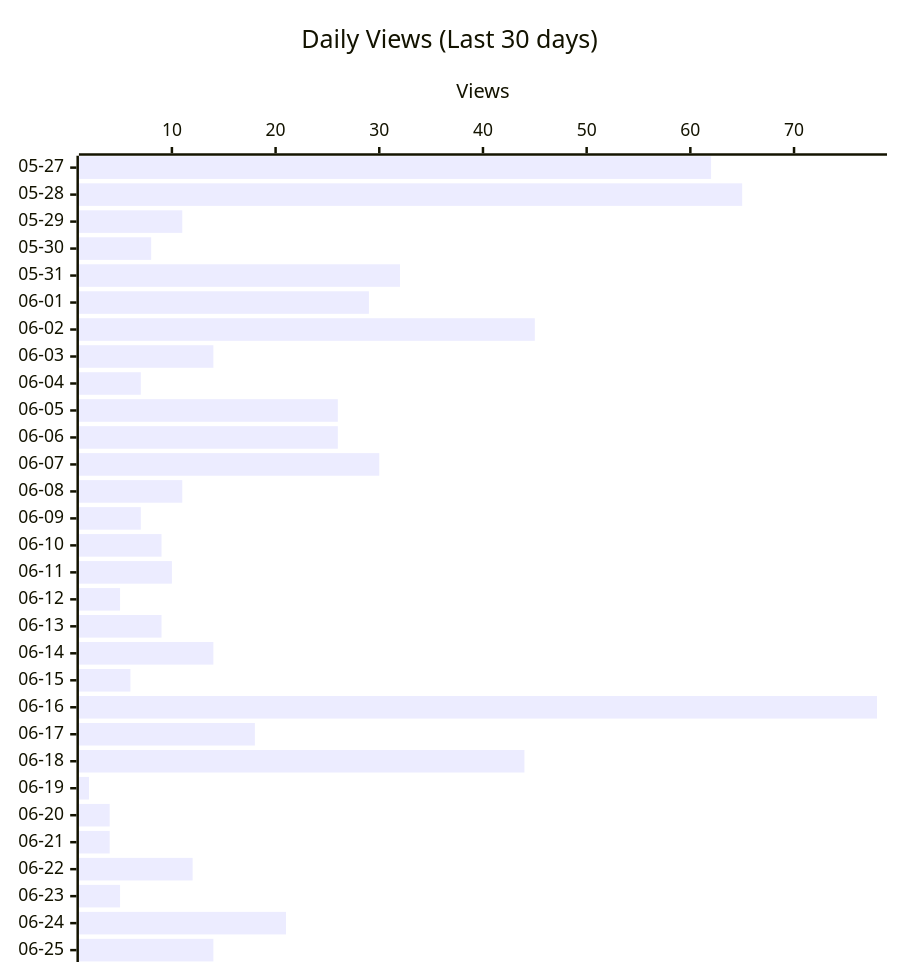
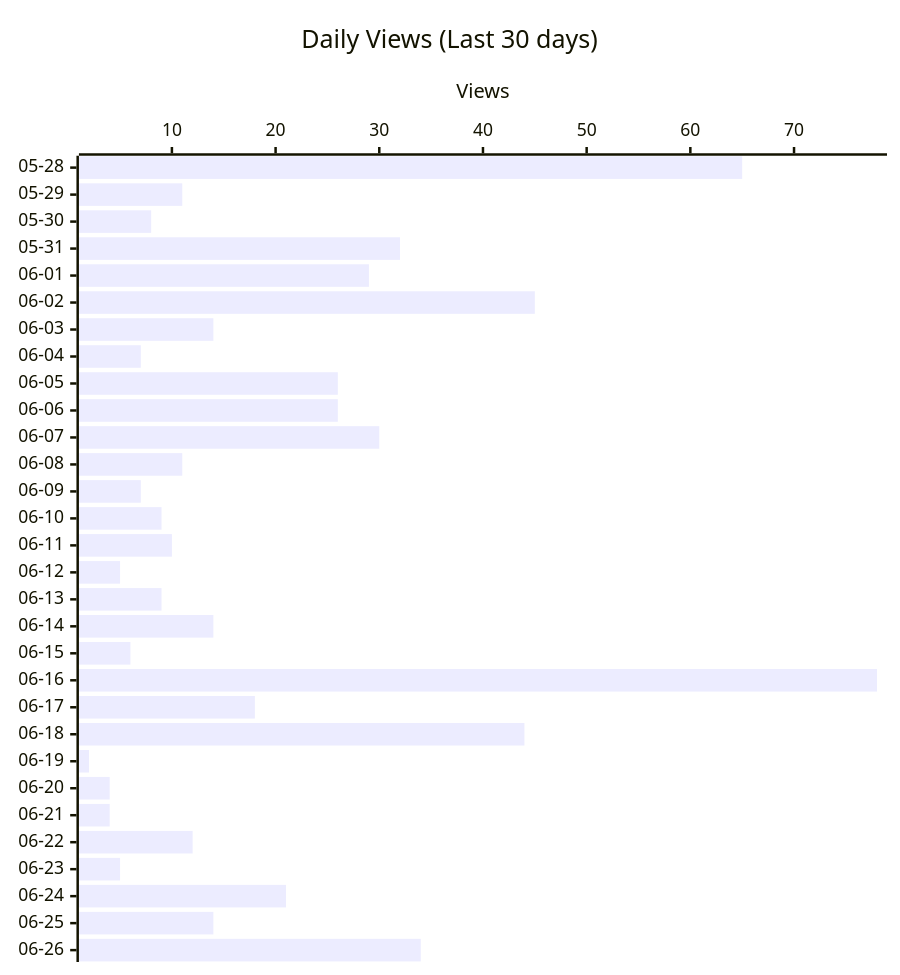
The second of 3 diagrams in README.md (shigechika/github-insights), drawn with Mermaid before and after one commit. The commit also changed other lines of this file and 2 other files, not shown here.

````diff
--- a/README.md
+++ b/README.md
@@ -28,12 +28,12 @@
 ```mermaid
 ---
 config:
   xyChart:
     height: 760
 ---
 xychart-beta horizontal
     title "Daily Views (Last 30 days)"
-    x-axis ["05-27", "05-28", "05-29", "05-30", "05-31", "06-01", "06-02", "06-03", "06-04", "06-05", "06-06", "06-07", "06-08", "06-09", "06-10", "06-11", "06-12", "06-13", "06-14", "06-15", "06-16", "06-17", "06-18", "06-19", "06-20", "06-21", "06-22", "06-23", "06-24", "06-25"]
+    x-axis ["05-28", "05-29", "05-30", "05-31", "06-01", "06-02", "06-03", "06-04", "06-05", "06-06", "06-07", "06-08", "06-09", "06-10", "06-11", "06-12", "06-13", "06-14", "06-15", "06-16", "06-17", "06-18", "06-19", "06-20", "06-21", "06-22", "06-23", "06-24", "06-25", "06-26"]
     y-axis "Views"
-    bar [62, 65, 11, 8, 32, 29, 45, 14, 7, 26, 26, 30, 11, 7, 9, 10, 5, 9, 14, 6, 78, 18, 44, 2, 4, 4, 12, 5, 21, 14]
+    bar [65, 11, 8, 32, 29, 45, 14, 7, 26, 26, 30, 11, 7, 9, 10, 5, 9, 14, 6, 78, 18, 44, 2, 4, 4, 12, 5, 21, 14, 34]
 ```
````
